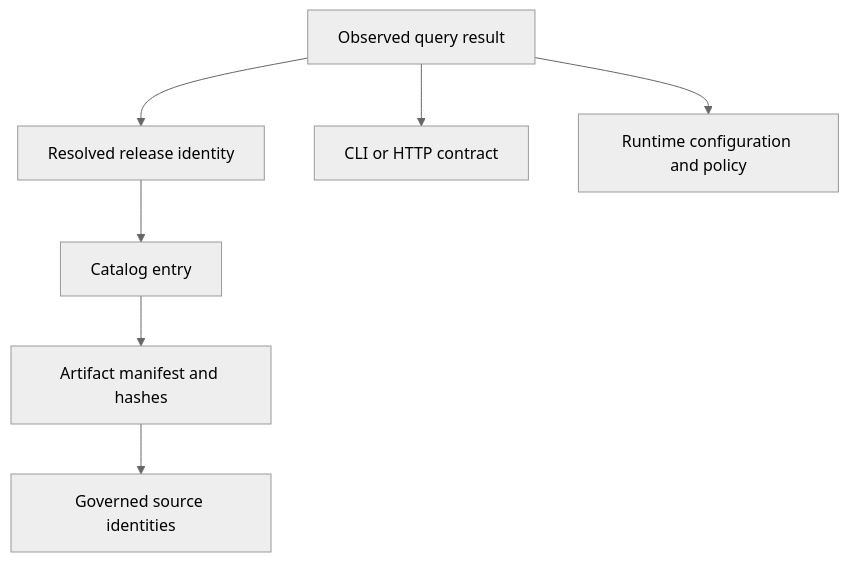
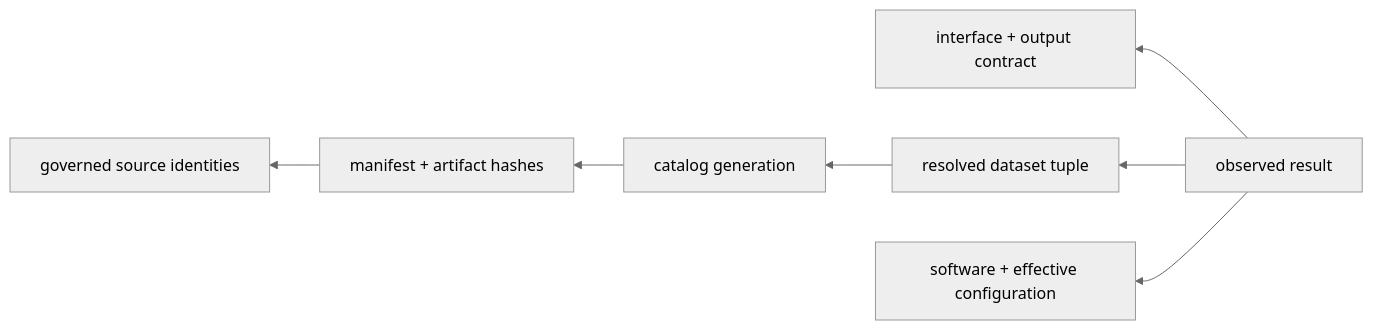
One commit to bijux/bijux-atlas changed the second of 3 diagrams in docs/bijux-atlas/index.md. Above: the diagram before and after it, drawn with Mermaid (neutral theme). The commit also changed other lines of this file and 1 other file, not shown here.

````diff
--- a/docs/bijux-atlas/index.md
+++ b/docs/bijux-atlas/index.md
@@ -121,9 +45,9 @@
 ```mermaid
-flowchart TD
-    Result[Observed query result] --> Release[Resolved release identity]
-    Release --> Catalog[Catalog entry]
-    Catalog --> Manifest[Artifact manifest and hashes]
-    Manifest --> Inputs[Governed source identities]
-    Result --> Surface[CLI or HTTP contract]
-    Result --> Runtime[Runtime configuration and policy]
+flowchart RL
+    Result["observed result"] --> Contract["interface + output contract"]
+    Result --> Dataset["resolved dataset tuple"]
+    Dataset --> Catalog["catalog generation"]
+    Catalog --> Manifest["manifest + artifact hashes"]
+    Manifest --> Inputs["governed source identities"]
+    Result --> Runtime["software + effective configuration"]
 ```
````
